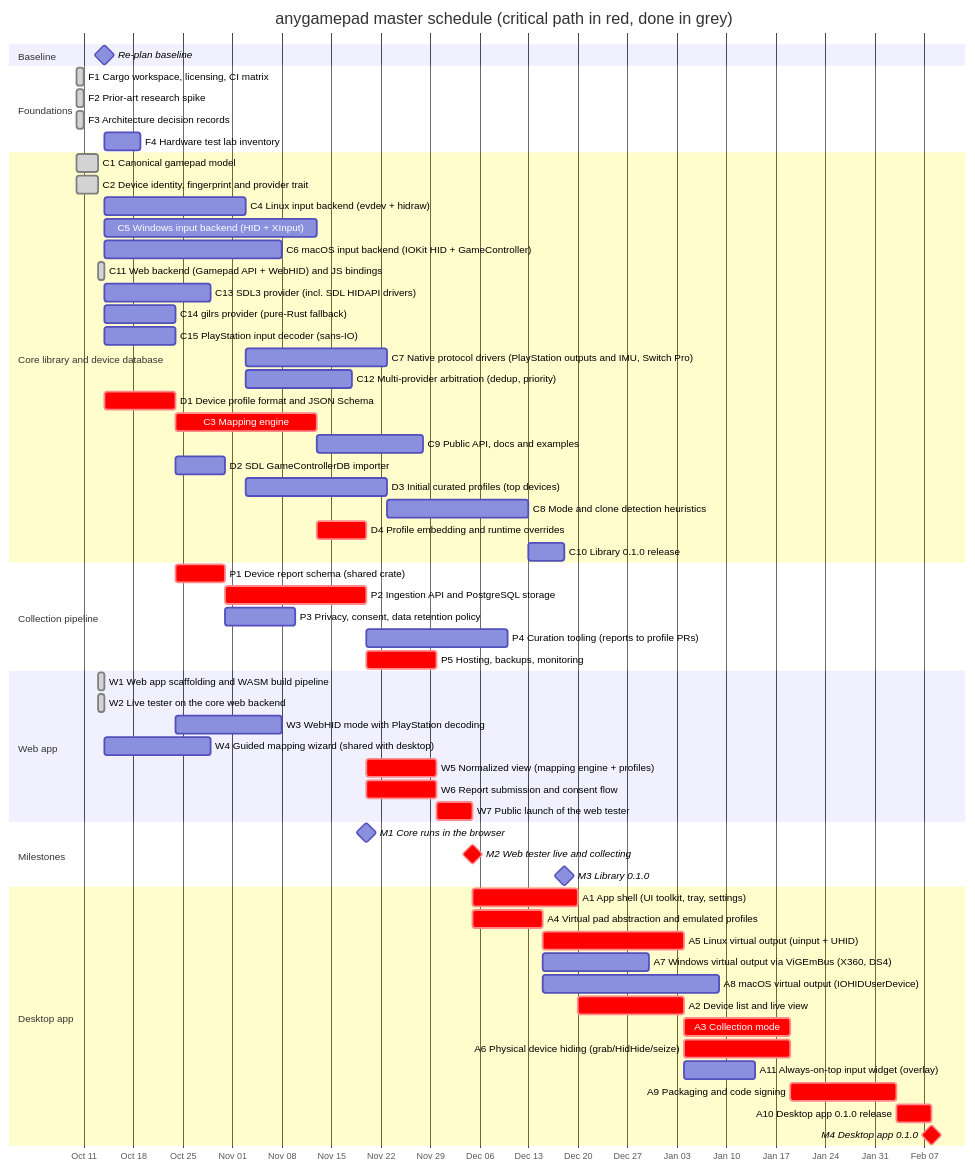
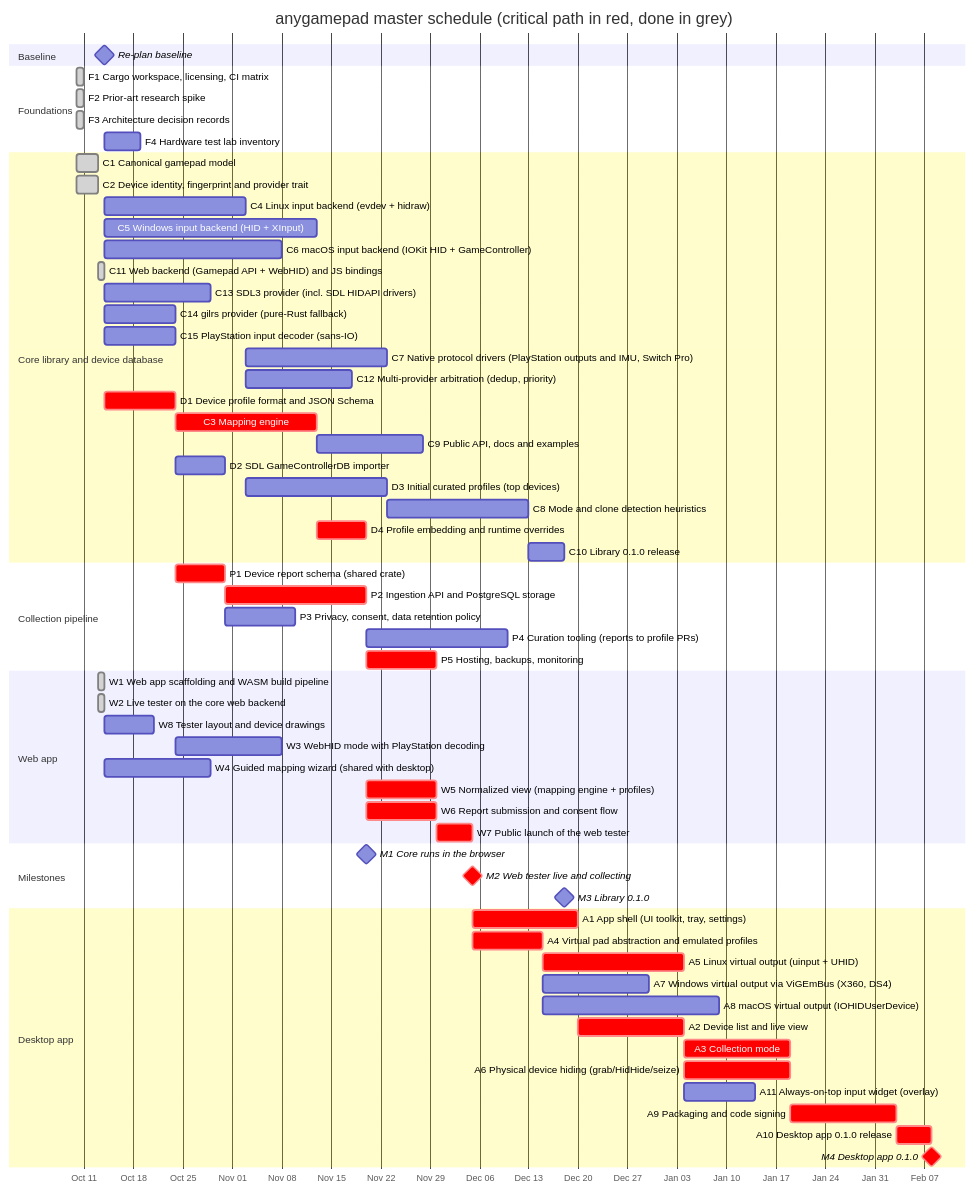
Before and after one commit to anygamepad/anygamepad.github.io: the second of 3 diagrams in ROADMAP/2026-10-14/README.md, drawn with Mermaid. The commit also changed other lines of this file and 4 other files, not shown here.

First line of the commit message:
Roadmap 2026-10-14: W8, statuses, storage direction; DualShock 3 notes

````diff
--- a/ROADMAP/2026-10-14/README.md
+++ b/ROADMAP/2026-10-14/README.md
@@ -136,64 +146,65 @@
 ```mermaid
 gantt
     dateFormat YYYY-MM-DD
     axisFormat %b %d
     title anygamepad master schedule (critical path in red, done in grey)
     section Baseline
     Re-plan baseline :milestone, t0, 2026-10-14, 0d
     section Foundations
     F1 Cargo workspace, licensing, CI matrix :done, f1, 2026-10-10, 1d
     F2 Prior-art research spike :done, f2, 2026-10-10, 1d
     F3 Architecture decision records :done, f3, 2026-10-10, 1d
     F4 Hardware test lab inventory :f4, after f2 t0, 5d
     section Core library and device database
     C1 Canonical gamepad model :done, c1, 2026-10-10, 3d
     C2 Device identity, fingerprint and provider trait :done, c2, 2026-10-10, 3d
     C4 Linux input backend (evdev + hidraw) :c4, after c1 c2 t0, 20d
     C5 Windows input backend (HID + XInput) :c5, after c1 c2 t0, 30d
     C6 macOS input backend (IOKit HID + GameController) :c6, after c1 c2 t0, 25d
     C11 Web backend (Gamepad API + WebHID) and JS bindings :done, c11, 2026-10-13, 1d
     C13 SDL3 provider (incl. SDL HIDAPI drivers) :c13, after c1 c2 t0, 15d
     C14 gilrs provider (pure-Rust fallback) :c14, after c1 c2 t0, 10d
     C15 PlayStation input decoder (sans-IO) :c15, after c1 c2 t0, 10d
     C7 Native protocol drivers (PlayStation outputs and IMU, Switch Pro) :c7, after c4 c15, 20d
     C12 Multi-provider arbitration (dedup, priority) :c12, after c4 c13, 15d
     D1 Device profile format and JSON Schema :crit, d1, after c2 t0, 10d
     C3 Mapping engine :crit, c3, after c1 d1, 20d
     C9 Public API, docs and examples :c9, after c3, 15d
     D2 SDL GameControllerDB importer :d2, after d1, 7d
     D3 Initial curated profiles (top devices) :d3, after d1 c4 f4, 20d
     C8 Mode and clone detection heuristics :c8, after c3 c4 d3, 20d
     D4 Profile embedding and runtime overrides :crit, d4, after d1 c3, 7d
     C10 Library 0.1.0 release :c10, after c5 c6 c7 c8 c9 c11 c12 c14 d4, 5d
     section Collection pipeline
     P1 Device report schema (shared crate) :crit, p1, after c2 d1, 7d
     P2 Ingestion API and PostgreSQL storage :crit, p2, after p1, 20d
     P3 Privacy, consent, data retention policy :p3, after p1, 10d
     P4 Curation tooling (reports to profile PRs) :p4, after p2 d1, 20d
     P5 Hosting, backups, monitoring :crit, p5, after p2, 10d
     section Web app
     W1 Web app scaffolding and WASM build pipeline :done, w1, 2026-10-13, 1d
     W2 Live tester on the core web backend :done, w2, 2026-10-13, 1d
-    W3 WebHID mode with PlayStation decoding :w3, after w2 c15, 15d
+    W8 Tester layout and device drawings :w8, after w2 t0, 7d
+    W3 WebHID mode with PlayStation decoding :w3, after w2 c15 w8, 15d
     W4 Guided mapping wizard (shared with desktop) :w4, after w2 t0, 15d
     W5 Normalized view (mapping engine + profiles) :crit, w5, after w2 c3 d2 d4, 10d
     W6 Report submission and consent flow :crit, w6, after w4 p1 p2 p3, 10d
     W7 Public launch of the web tester :crit, w7, after w5 w6 p5, 5d
     section Milestones
     M1 Core runs in the browser :milestone, m1, after c3 c11 d4, 0d
     M2 Web tester live and collecting :milestone, crit, m2, after w7, 0d
     M3 Library 0.1.0 :milestone, m3, after c10, 0d
     section Desktop app
     A1 App shell (UI toolkit, tray, settings) :crit, a1, after f3 m2, 15d
     A4 Virtual pad abstraction and emulated profiles :crit, a4, after c1 m2, 10d
     A5 Linux virtual output (uinput + UHID) :crit, a5, after a4 c4, 20d
     A7 Windows virtual output via ViGEmBus (X360, DS4) :a7, after a4 c5, 15d
     A8 macOS virtual output (IOHIDUserDevice) :a8, after a4 c6, 25d
     A2 Device list and live view :crit, a2, after a1 c4, 15d
     A3 Collection mode :crit, a3, after a2 w4 p2 p3, 15d
     A6 Physical device hiding (grab/HidHide/seize) :crit, a6, after a5 c5 c6, 15d
     A11 Always-on-top input widget (overlay) :a11, after a2, 10d
     A9 Packaging and code signing :crit, a9, after a3 a6 a7 a8 a11, 15d
     A10 Desktop app 0.1.0 release :crit, a10, after a9 c10, 5d
     M4 Desktop app 0.1.0 :milestone, crit, m4, after a10, 0d
 ```
````
